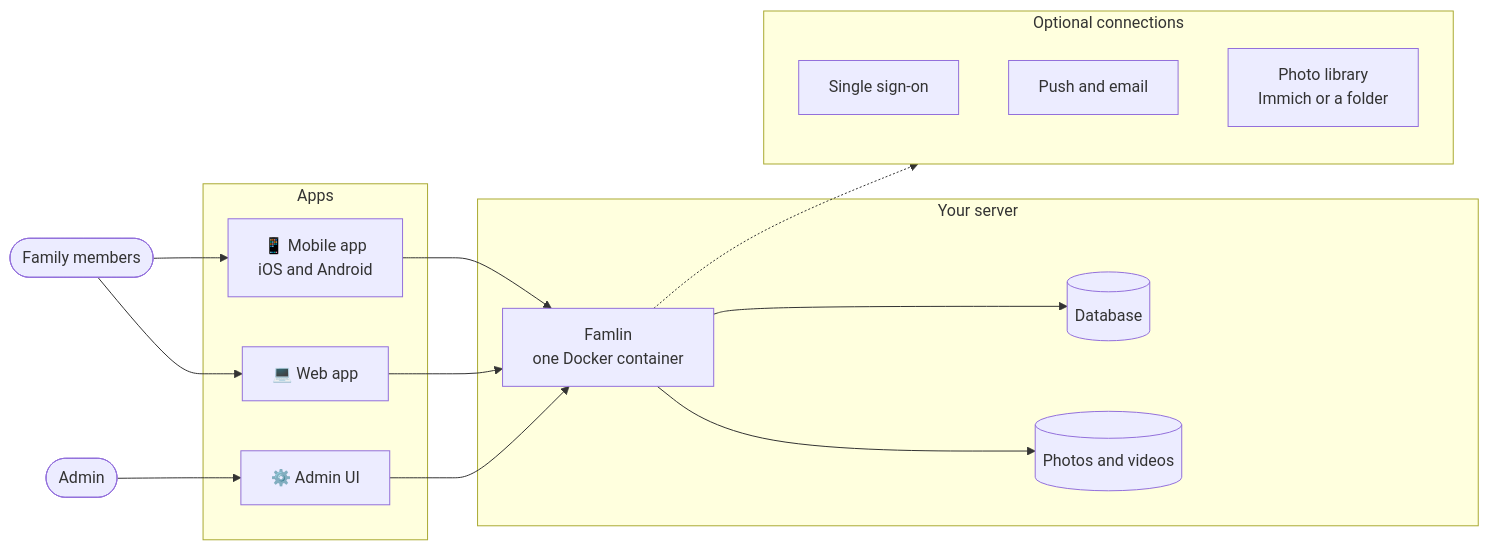
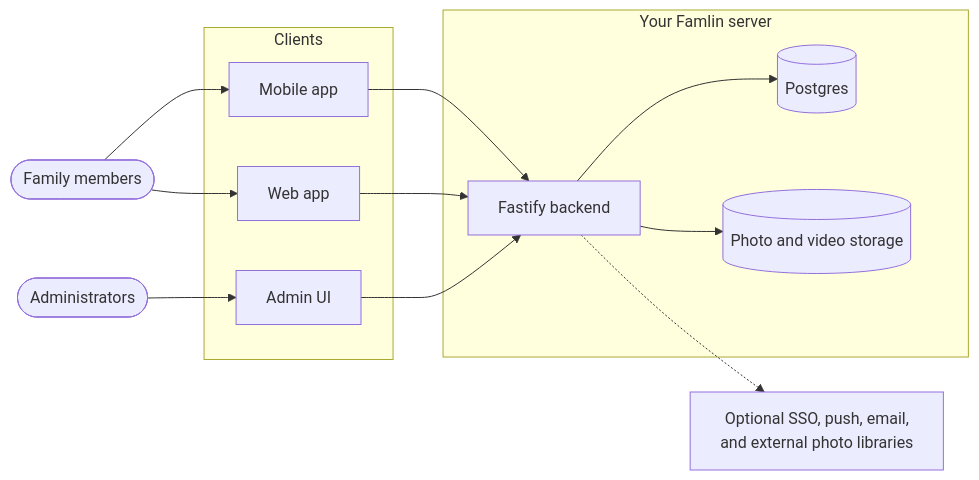
Before and after one commit to TimVanOnckelen/famlin: the diagram in docs/developers/architecture.md, drawn with Mermaid. The commit also changed other lines of this file and 5 other files, not shown here.

````diff
--- a/docs/developers/architecture.md
+++ b/docs/developers/architecture.md
@@ -38,34 +28,29 @@
 ```mermaid
 flowchart LR
   family(["Family members"]):::people
-  admin(["Admin"]):::people
+  admin(["Administrators"]):::people
 
-  subgraph apps["Apps"]
-    mobile["📱 Mobile app<br/>iOS and Android"]:::app
-    web["💻 Web app"]:::app
-    adminui["⚙️ Admin UI"]:::app
+  subgraph apps["Clients"]
+    mobile["Mobile app"]:::app
+    web["Web app"]:::app
+    adminui["Admin UI"]:::app
   end
 
-  subgraph server["Your server"]
-    backend["Famlin<br/>one Docker container"]:::server
-    db[("Database")]:::store
-    files[("Photos and videos")]:::store
+  subgraph server["Your Famlin server"]
+    backend["Fastify backend"]:::server
+    db[("Postgres")]:::store
+    files[("Photo and video storage")]:::store
   end
 
-  subgraph optional["Optional connections"]
-    login["Single sign-on"]:::optional
-    notify["Push and email"]:::optional
-    photos["Photo library<br/>Immich or a folder"]:::optional
-  end
+  optional["Optional SSO, push, email,<br/>and external photo libraries"]:::optional
 
   family --> mobile
   family --> web
   admin --> adminui
   mobile --> backend
   web --> backend
   adminui --> backend
   backend --> db
   backend --> files
   backend -.-> optional
-
 ```
````
